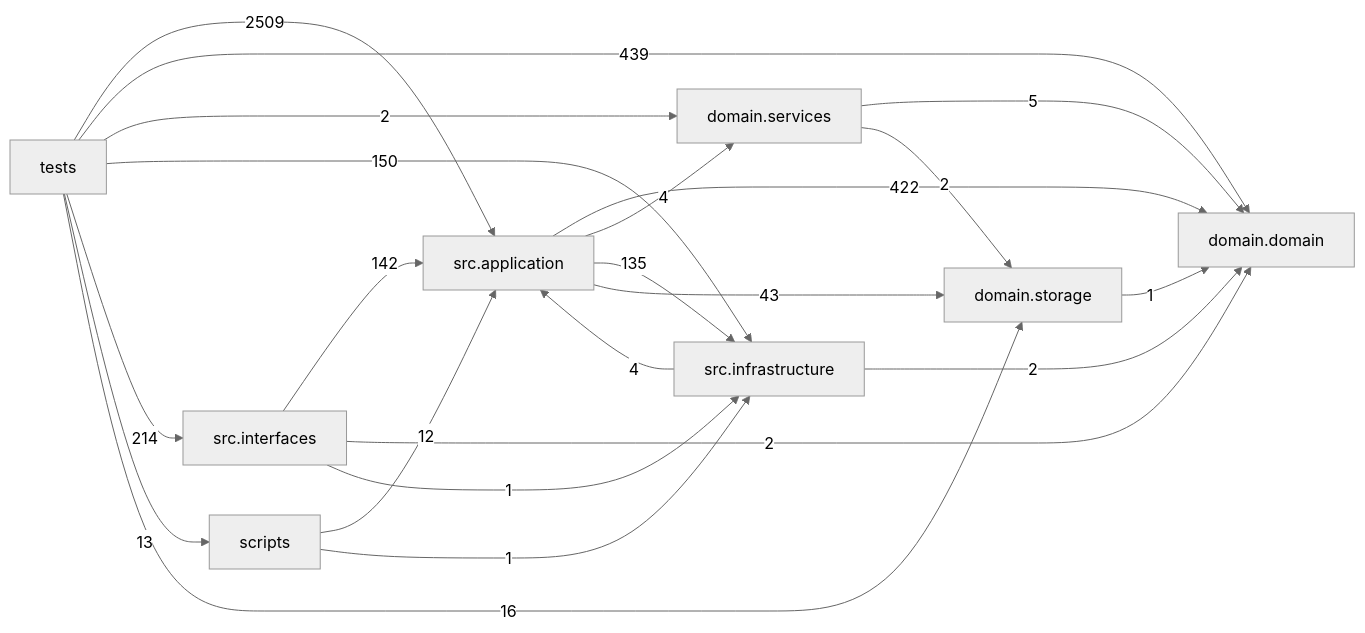
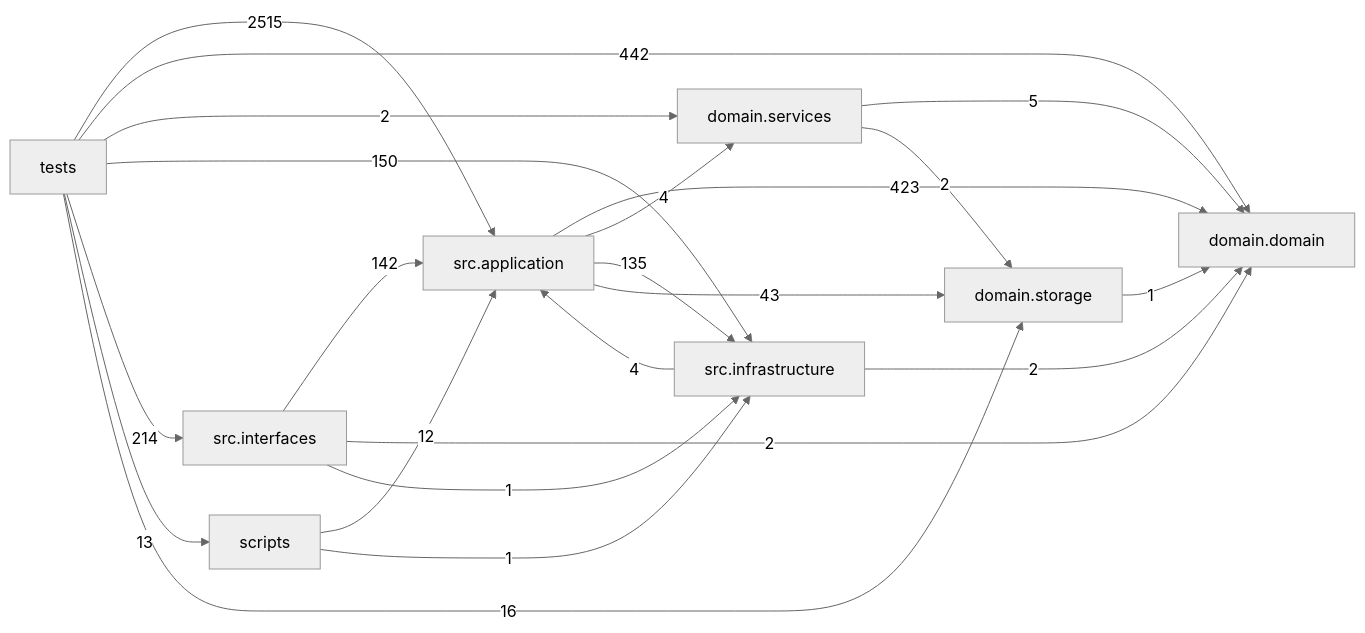
The diagram in docs/DEPENDENCY_GRAPH.md (liuxie066/options-monitor), drawn with Mermaid (neutral theme) before and after one commit. The commit also changed other lines of this file and 7 other files, not shown here.

````diff
--- a/docs/DEPENDENCY_GRAPH.md
+++ b/docs/DEPENDENCY_GRAPH.md
@@ -24,32 +24,32 @@
 ```mermaid
 flowchart LR
   tests["tests"]
   scripts["scripts"]
   interfaces["src.interfaces"]
   application["src.application"]
   infrastructure["src.infrastructure"]
   domain_services["domain.services"]
   domain["domain.domain"]
   storage["domain.storage"]
-  application -->|422| domain
+  application -->|423| domain
   application -->|4| domain_services
   application -->|135| infrastructure
   application -->|43| storage
   domain_services -->|5| domain
   domain_services -->|2| storage
   infrastructure -->|4| application
   infrastructure -->|2| domain
   interfaces -->|142| application
   interfaces -->|2| domain
   interfaces -->|1| infrastructure
   scripts -->|12| application
   scripts -->|1| infrastructure
   storage -->|1| domain
-  tests -->|2509| application
-  tests -->|439| domain
+  tests -->|2515| application
+  tests -->|442| domain
   tests -->|2| domain_services
   tests -->|150| infrastructure
   tests -->|214| interfaces
   tests -->|13| scripts
   tests -->|16| storage
 ```
````
